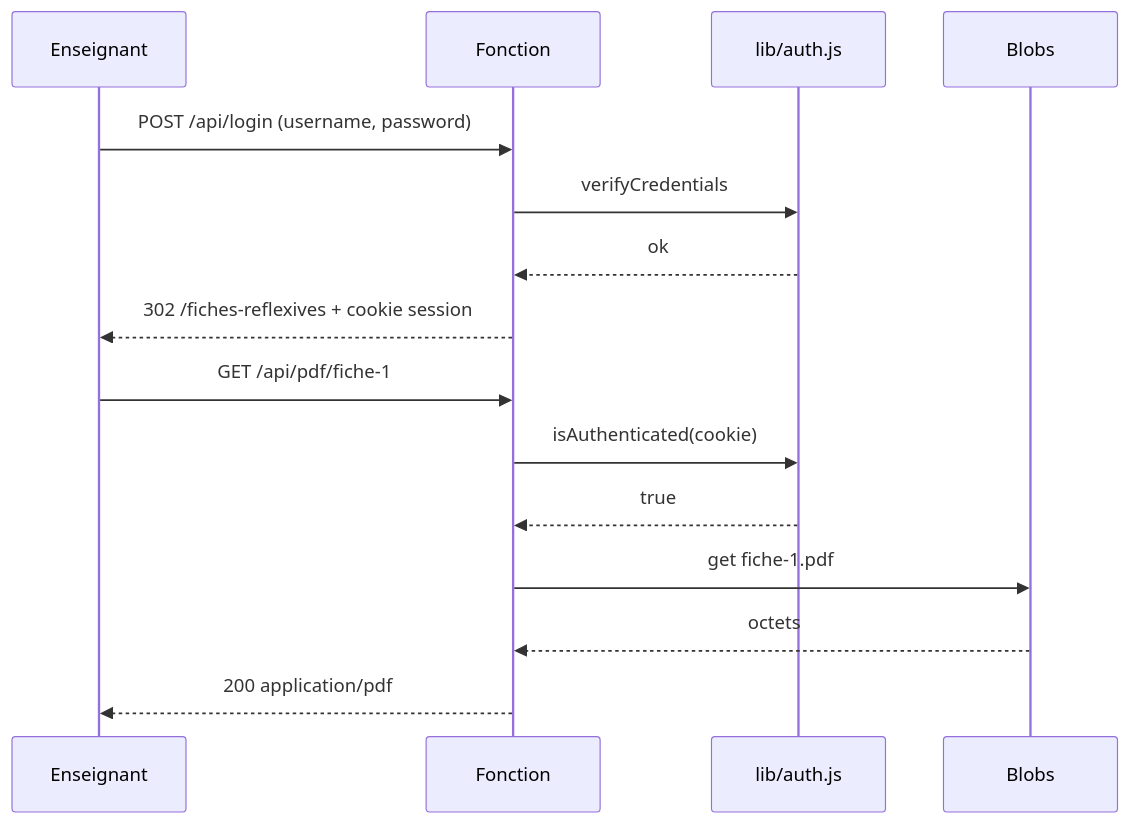
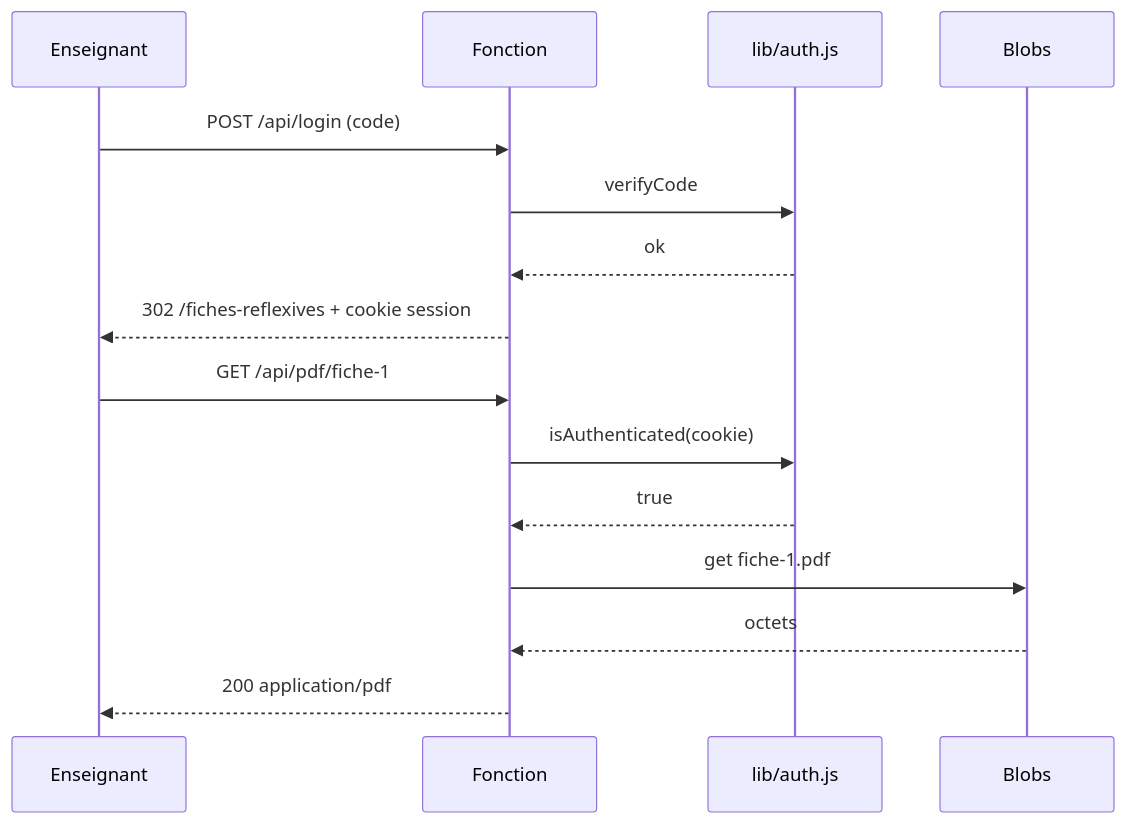
One commit to Korrighed/portfolio changed the second of 2 diagrams in docs/TRD.md. Above: the diagram before and after it, drawn with Mermaid. The commit also changed other lines of this file and 9 other files, not shown here.

````diff
--- a/docs/TRD.md
+++ b/docs/TRD.md
@@ -78,17 +78,17 @@
 ```mermaid
 sequenceDiagram
   participant E as Enseignant
   participant F as Fonction
   participant A as lib/auth.js
   participant B as Blobs
-  E->>F: POST /api/login (username, password)
-  F->>A: verifyCredentials
+  E->>F: POST /api/login (code)
+  F->>A: verifyCode
   A-->>F: ok
   F-->>E: 302 /fiches-reflexives + cookie session
   E->>F: GET /api/pdf/fiche-1
   F->>A: isAuthenticated(cookie)
   A-->>F: true
   F->>B: get fiche-1.pdf
   B-->>F: octets
   F-->>E: 200 application/pdf
 ```
````
